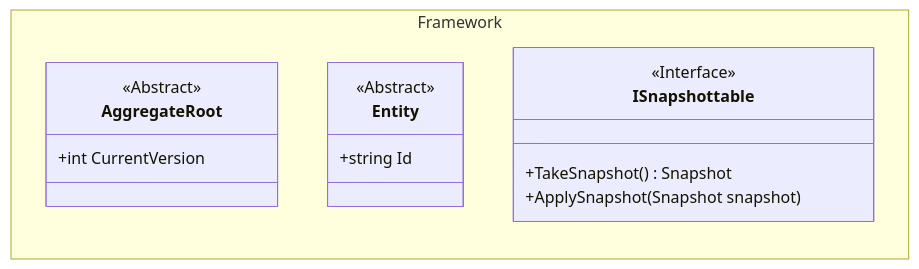
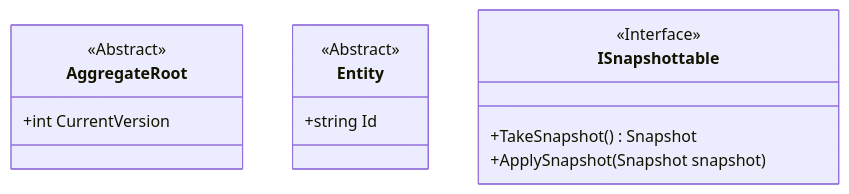
The second of 2 diagrams in docs/index.md (platform-test-org/backstage-catalogs-integ-tests), drawn with Mermaid before and after one commit.

````diff
--- a/docs/index.md
+++ b/docs/index.md
@@ -22,22 +22,19 @@
 ```mermaid
 classDiagram
-    direction BT
-    namespace Framework {
+  direction BT
+  class AggregateRoot {
+     <<Abstract>>
+     +int CurrentVersion
+  }
 
-        class AggregateRoot {
-            <<Abstract>>
-            +int CurrentVersion
-        }
+  class Entity {
+     <<Abstract>>
+     +string Id
+  }
 
-        class Entity {
-            <<Abstract>>
-            +string Id
-        }
-
-        class ISnapshottable {
-            <<Interface>>
-            +TakeSnapshot() Snapshot
-            +ApplySnapshot (Snapshot snapshot)
-        }
-    }
+  class ISnapshottable {
+     <<Interface>>
+     +TakeSnapshot() Snapshot
+     +ApplySnapshot (Snapshot snapshot)
+  }
 ```
````
